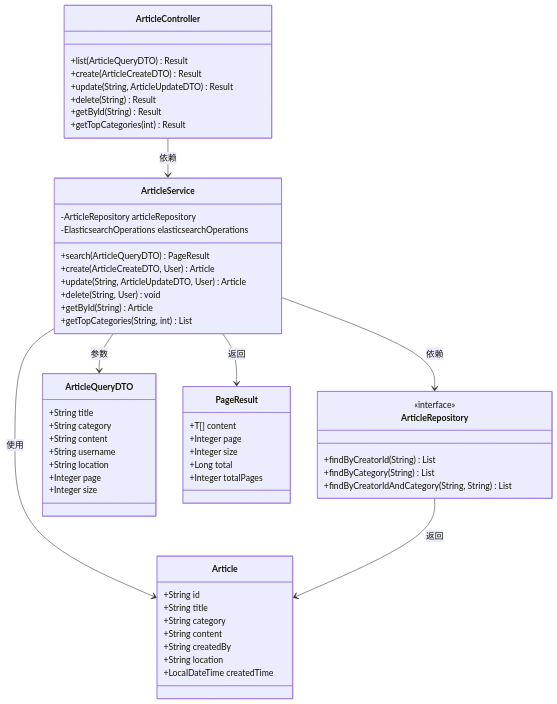
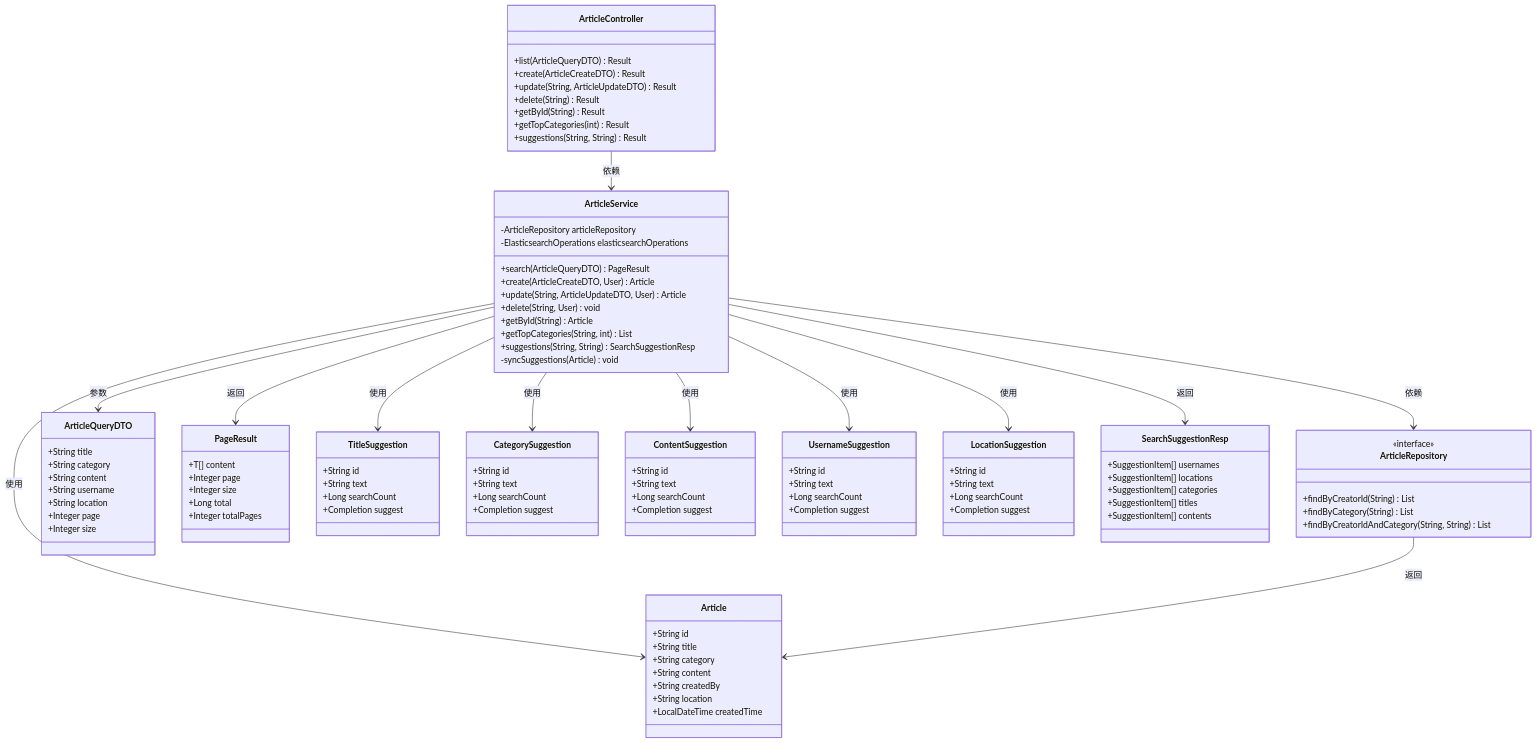
The eighth of 8 diagrams in .qoder/repowiki/zh/content/文章内容管理/文章服务层实现/文章搜索功能.md (20164206160/zhishilu), drawn with Mermaid before and after one commit. The commit also changed other lines of this file and 28 other files, not shown here.

````diff
--- a/.qoder/repowiki/zh/content/文章内容管理/文章服务层实现/文章搜索功能.md
+++ b/.qoder/repowiki/zh/content/文章内容管理/文章服务层实现/文章搜索功能.md
@@ -272,6 +447,7 @@
 +delete(String) Result
 +getById(String) Result
 +getTopCategories(int) Result
++suggestions(String, String) Result
 }
 class ArticleService {
 -ArticleRepository articleRepository
@@ -282,6 +458,8 @@
 +delete(String, User) void
 +getById(String) Article
 +getTopCategories(String, int) List
++suggestions(String, String) SearchSuggestionResp
+-syncSuggestions(Article) void
 }
 class ArticleRepository {
 <<interface>>
@@ -314,10 +492,53 @@
 +Long total
 +Integer totalPages
 }
+class TitleSuggestion {
++String id
++String text
++Long searchCount
++Completion suggest
+}
+class CategorySuggestion {
++String id
++String text
++Long searchCount
++Completion suggest
+}
+class ContentSuggestion {
++String id
++String text
++Long searchCount
++Completion suggest
+}
+class UsernameSuggestion {
++String id
++String text
++Long searchCount
++Completion suggest
+}
+class LocationSuggestion {
++String id
++String text
++Long searchCount
++Completion suggest
+}
+class SearchSuggestionResp {
++SuggestionItem[] usernames
++SuggestionItem[] locations
++SuggestionItem[] categories
++SuggestionItem[] titles
++SuggestionItem[] contents
+}
 ArticleController --> ArticleService : 依赖
 ArticleService --> ArticleRepository : 依赖
 ArticleService --> Article : 使用
 ArticleService --> ArticleQueryDTO : 参数
 ArticleService --> PageResult : 返回
+ArticleService --> TitleSuggestion : 使用
+ArticleService --> CategorySuggestion : 使用
+ArticleService --> ContentSuggestion : 使用
+ArticleService --> UsernameSuggestion : 使用
+ArticleService --> LocationSuggestion : 使用
+ArticleService --> SearchSuggestionResp : 返回
 ArticleRepository --> Article : 返回
 ```
````
